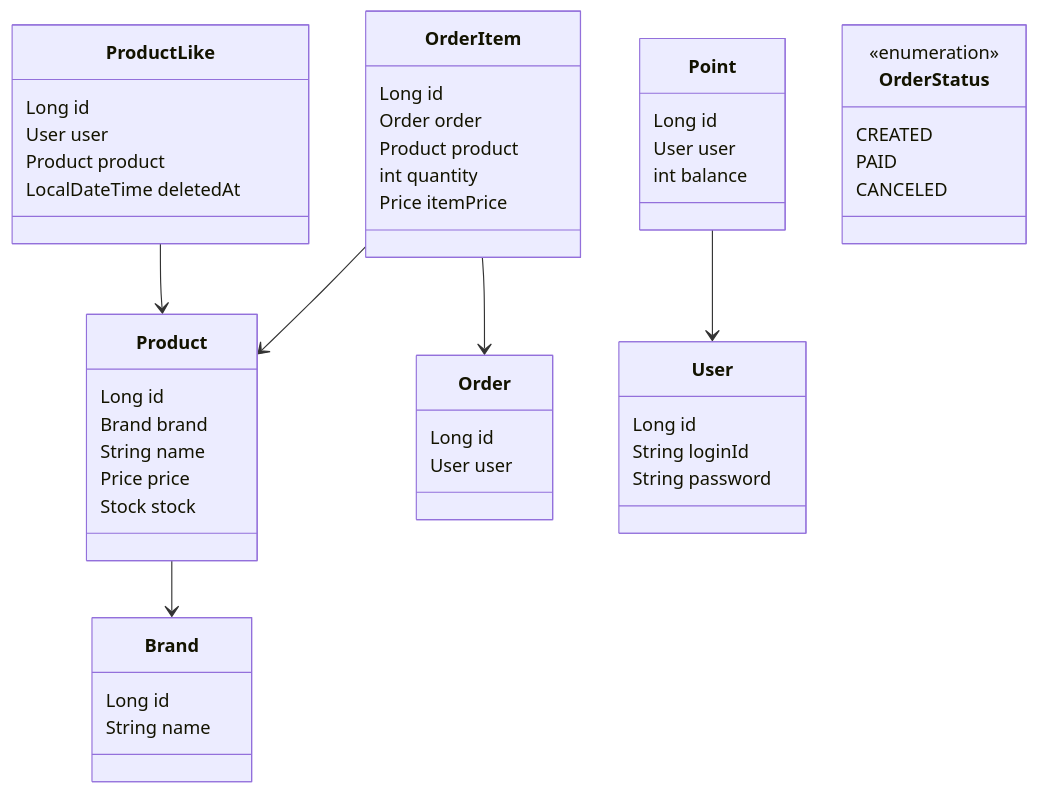
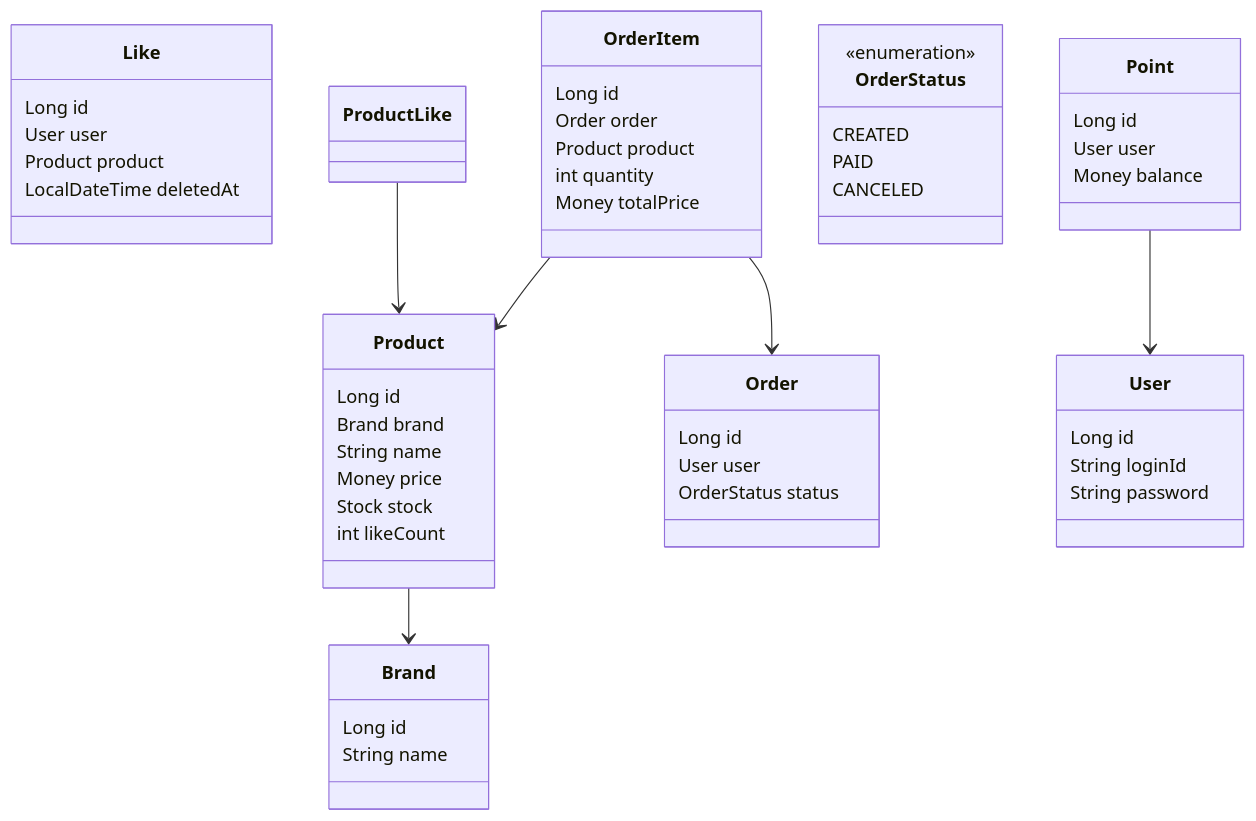
Before and after one commit to lim-jaein/loopers-ecommerce: the diagram in .docs/week2/03-class-diagram.md, drawn with Mermaid. The commit also changed 1 other file, not shown here.

Commit message:
refactor : 유비쿼터스 언어 통일
- Price -> Money
- ProductLike -> Like

````diff
--- a/.docs/week2/03-class-diagram.md
+++ b/.docs/week2/03-class-diagram.md
@@ -1,54 +1,56 @@
 ```mermaid
 classDiagram
     class Brand {
         Long id
         String name
     }
     class Product {
         Long id
         Brand brand
         String name
-        Price price
+        Money price
         Stock stock
+        int likeCount
     }
-    class ProductLike {
+    class Like {
         Long id
         User user
         Product product
         LocalDateTime deletedAt
     }
     class User {
         Long id
         String loginId
         String password
     }
     class Point {
         Long id
         User user
-        int balance
+        Money balance
     }
     class Order {
         Long id
         User user
+        OrderStatus status
     }
     class OrderItem {
         Long id
         Order order
         Product product
         int quantity
-        Price itemPrice
+        Money totalPrice
     }
     
     class OrderStatus {
         <<enumeration>>
         CREATED
         PAID
         CANCELED
     }
 
     Product --> Brand
     ProductLike --> Product
     Point --> User
     OrderItem --> Order
     OrderItem --> Product
 ```
````
